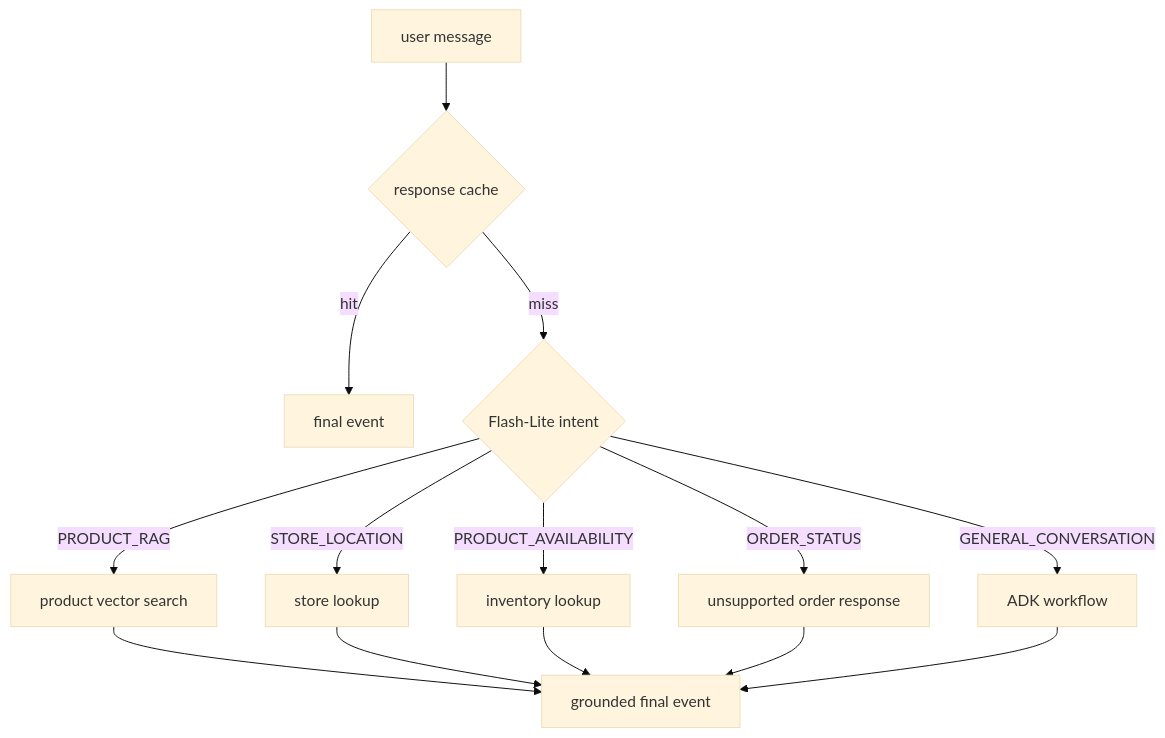
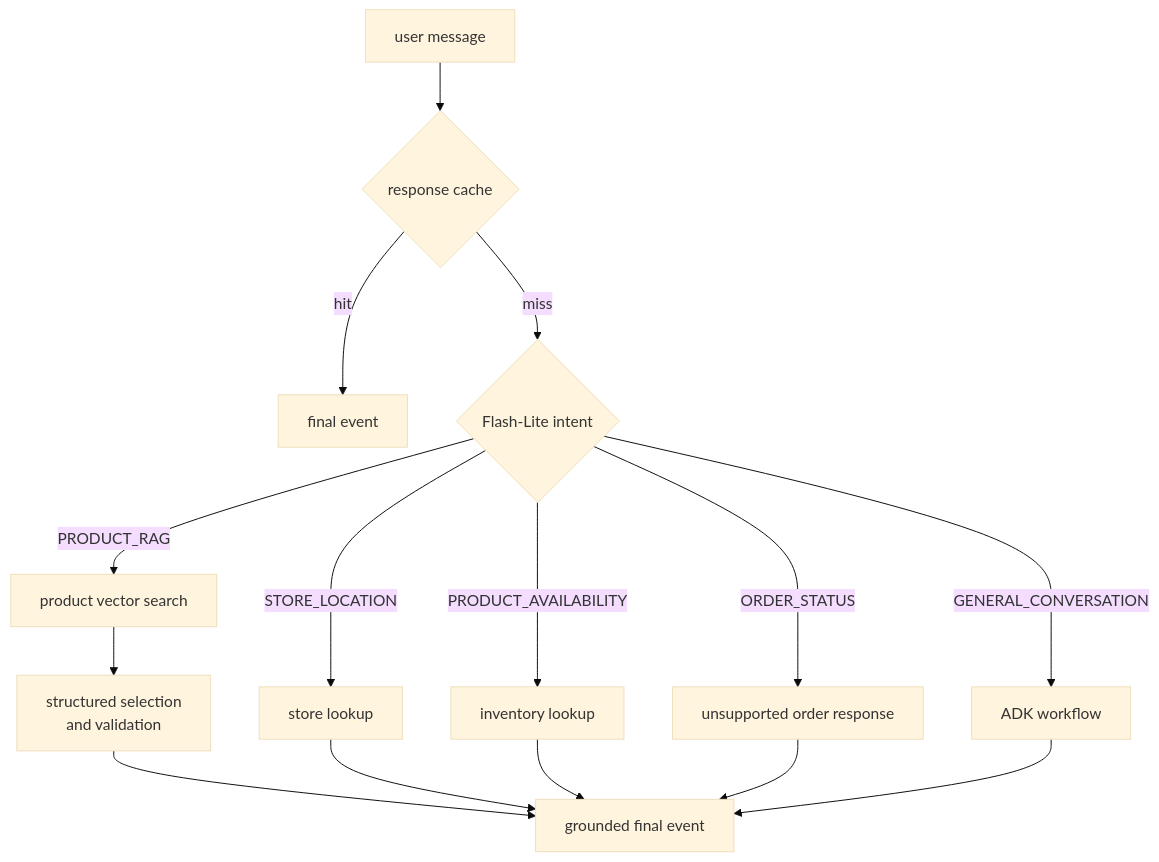
Before and after one commit to cofin/oracledb-vertexai-demo: the diagram in docs/concepts/agent-flow.md, drawn with Mermaid (base theme). The commit also changed other lines of this file and 287 other files, not shown here.

````diff
--- a/docs/concepts/agent-flow.md
+++ b/docs/concepts/agent-flow.md
@@ -8,16 +8,17 @@
 ```{mermaid}
 flowchart TD
     Q[user message] --> C{response cache}
     C -->|hit| H[final event]
     C -->|miss| I{Flash-Lite intent}
     I -->|PRODUCT_RAG| P[product vector search]
+    P --> PV[structured selection<br/>and validation]
     I -->|STORE_LOCATION| S[store lookup]
     I -->|PRODUCT_AVAILABILITY| A[inventory lookup]
     I -->|ORDER_STATUS| U[unsupported order response]
     I -->|GENERAL_CONVERSATION| W[ADK workflow]
-    P --> F[grounded final event]
+    PV --> F[grounded final event]
     S --> F
     A --> F
     U --> F
     W --> F
 ```
````
